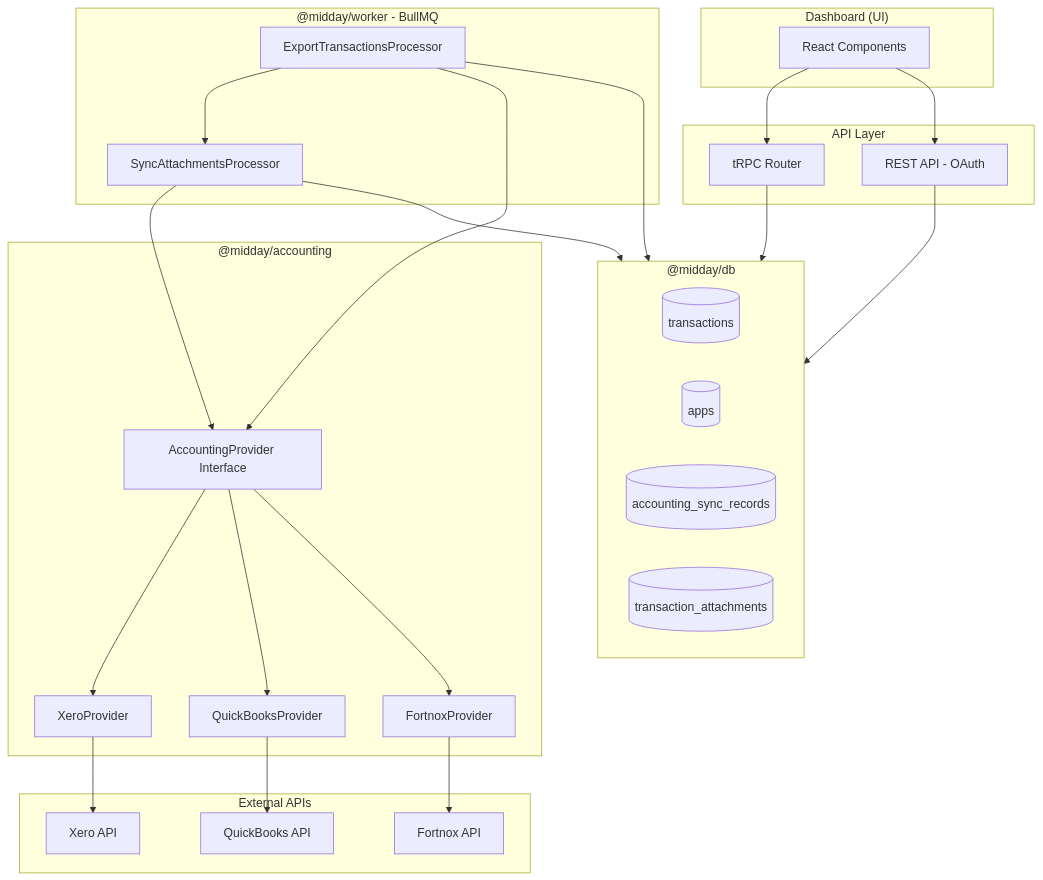
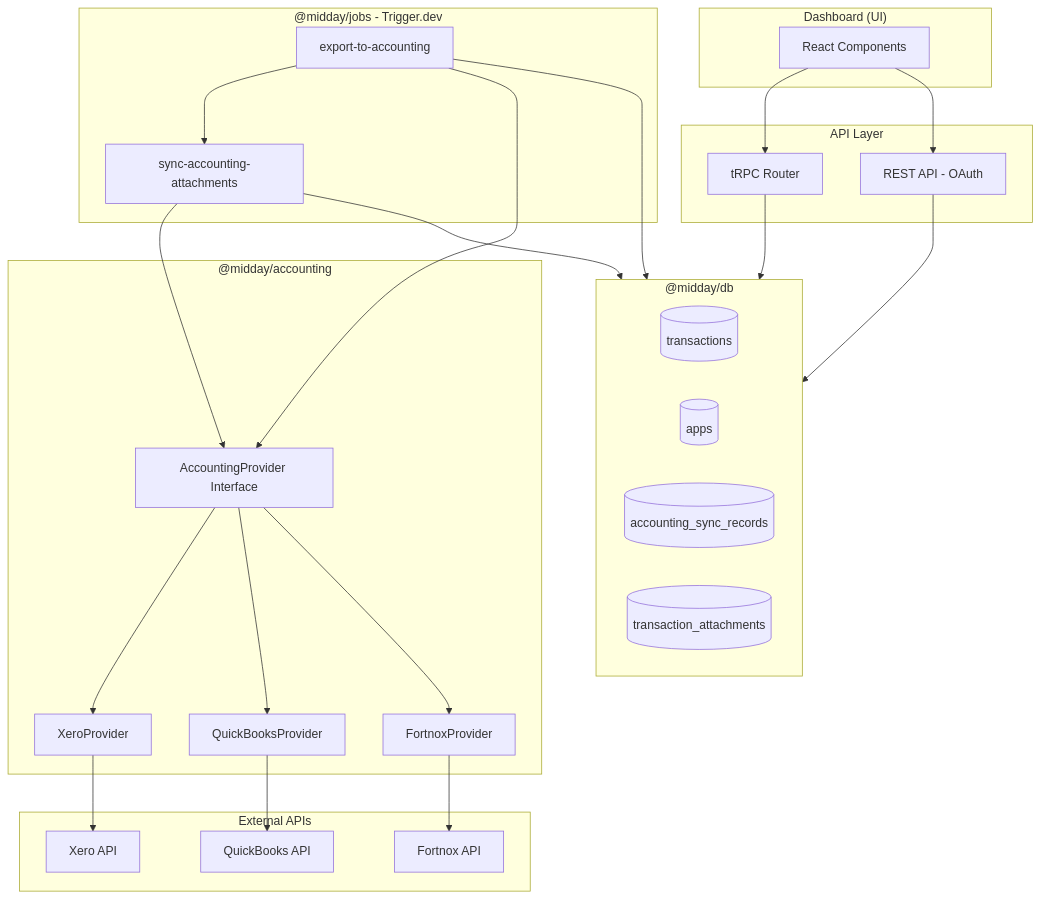
The first of 6 diagrams in packages/accounting/README.md (FredflixBE/midday), drawn with Mermaid before and after one commit. The commit also changed other lines of this file and 3 other files, not shown here.

````diff
--- a/packages/accounting/README.md
+++ b/packages/accounting/README.md
@@ -54,57 +49,57 @@
 ```mermaid
 flowchart TB
     subgraph Dashboard["Dashboard (UI)"]
         UI[React Components]
     end
 
     subgraph API["API Layer"]
         TRPC[tRPC Router]
         REST[REST API - OAuth]
     end
 
     subgraph DB["@midday/db"]
         TXN[(transactions)]
         APPS[(apps)]
         SYNC[(accounting_sync_records)]
         ATT[(transaction_attachments)]
     end
 
-    subgraph Worker["@midday/worker - BullMQ"]
-        PROC2[SyncAttachmentsProcessor]
-        PROC3[ExportTransactionsProcessor]
+    subgraph Jobs["@midday/jobs - Trigger.dev"]
+        PROC2[sync-accounting-attachments]
+        PROC3[export-to-accounting]
     end
 
     subgraph Accounting["@midday/accounting"]
         IFACE[AccountingProvider Interface]
         XERO[XeroProvider]
         QB[QuickBooksProvider]
         FNX[FortnoxProvider]
     end
 
     subgraph External["External APIs"]
         XERO_API[Xero API]
         QB_API[QuickBooks API]
         FNX_API[Fortnox API]
     end
 
     UI --> TRPC
     UI --> REST
     TRPC --> DB
     REST --> DB
     
     PROC3 --> PROC2
     
     PROC2 --> IFACE
     PROC3 --> IFACE
     
     IFACE --> XERO
     IFACE --> QB
     IFACE --> FNX
     
     XERO --> XERO_API
     QB --> QB_API
     FNX --> FNX_API
     
     PROC2 --> DB
     PROC3 --> DB
 ```
````
